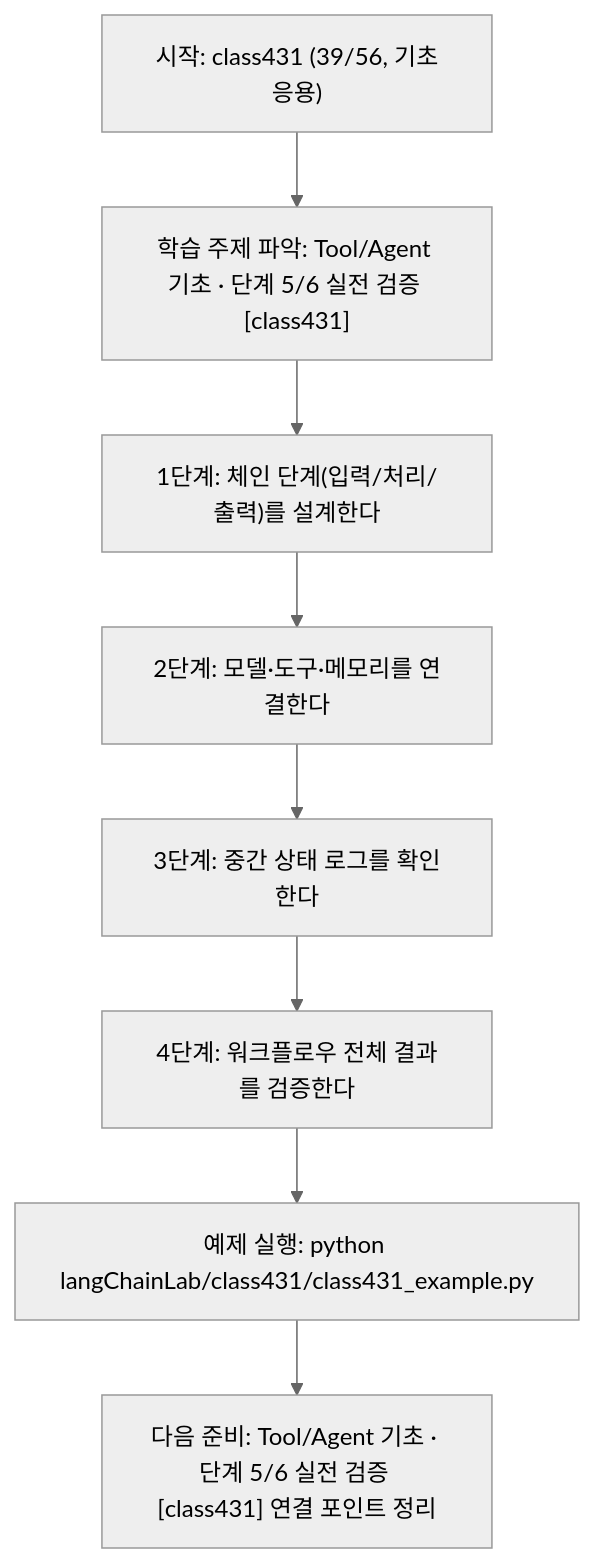
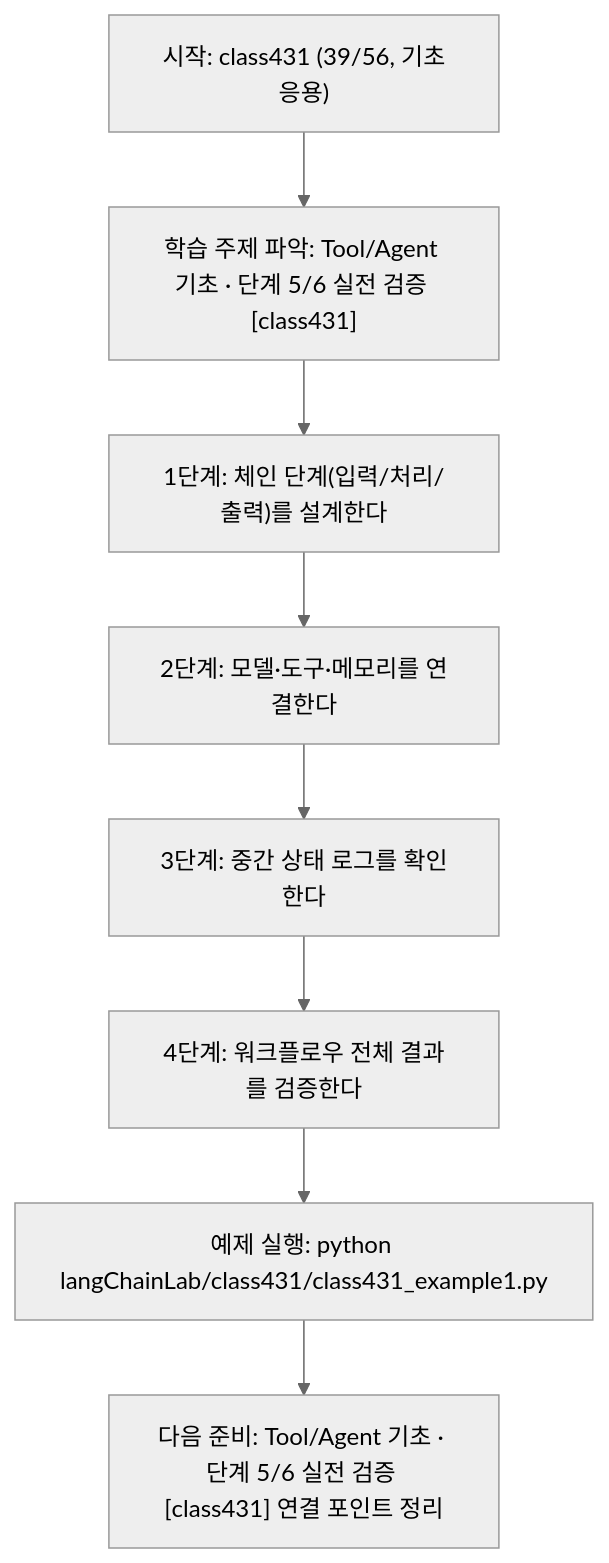
One commit to edumgt/Python-AI_Agent-Class changed the diagram in langChainLab/class431/class431.md. Above: the diagram before and after it, drawn with Mermaid (neutral theme). The commit also changed other lines of this file and 2959 other files, not shown here.

````diff
--- a/langChainLab/class431/class431.md
+++ b/langChainLab/class431/class431.md
@@ -110,18 +110,18 @@
 ```mermaid
 flowchart TD
 N1["시작: class431 (39/56, 기초응용)"]
 N2["학습 주제 파악: Tool/Agent 기초 · 단계 5/6 실전 검증 [class431]"]
 N3["1단계: 체인 단계(입력/처리/출력)를 설계한다"]
 N4["2단계: 모델·도구·메모리를 연결한다"]
 N5["3단계: 중간 상태 로그를 확인한다"]
 N6["4단계: 워크플로우 전체 결과를 검증한다"]
-N7["예제 실행: python langChainLab/class431/class431_example.py"]
+N7["예제 실행: python langChainLab/class431/class431_example1.py"]
 N8["다음 준비: Tool/Agent 기초 · 단계 5/6 실전 검증 [class431] 연결 포인트 정리"]
 N1 --> N2
 N2 --> N3
 N3 --> N4
 N4 --> N5
 N5 --> N6
 N6 --> N7
 N7 --> N8
 ```
````
